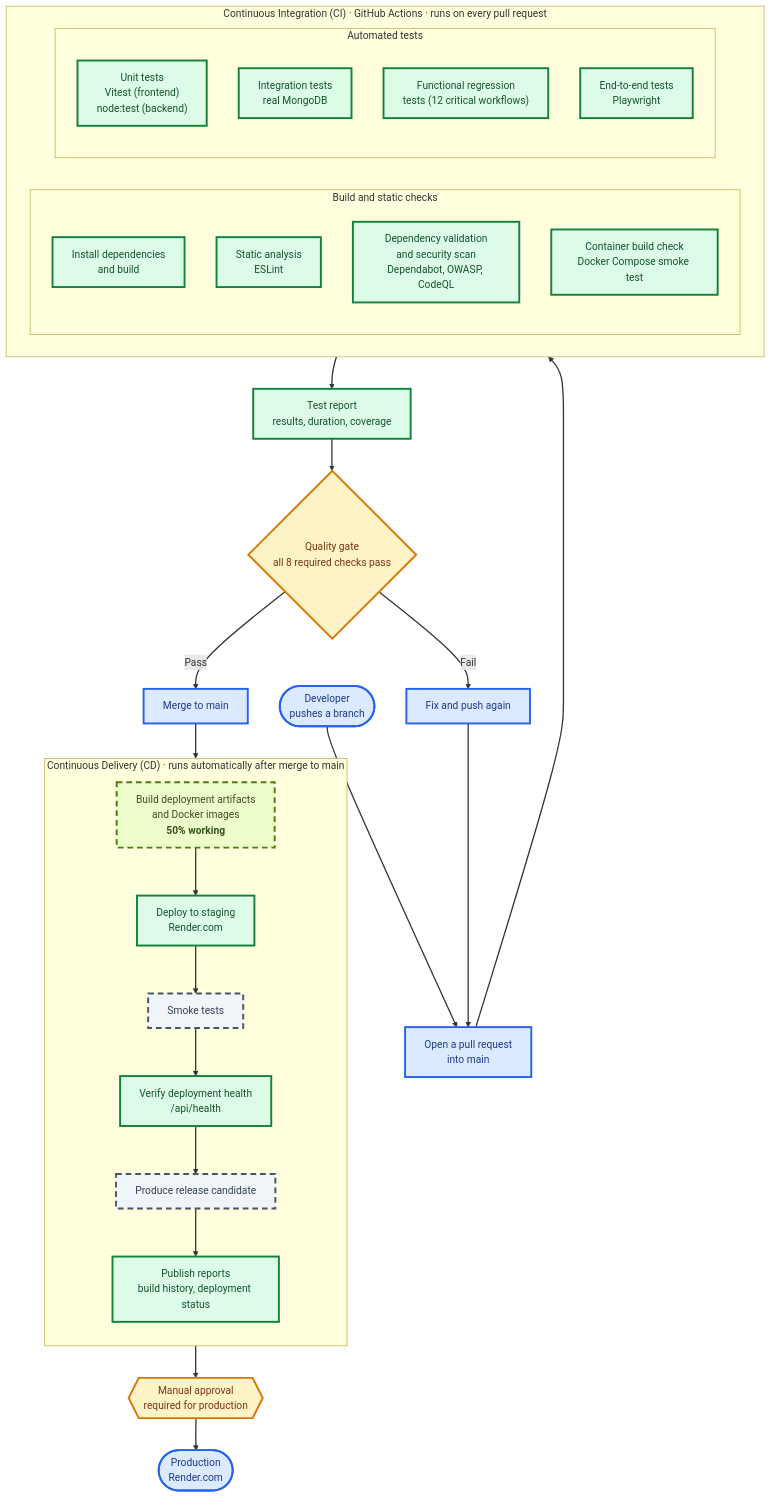
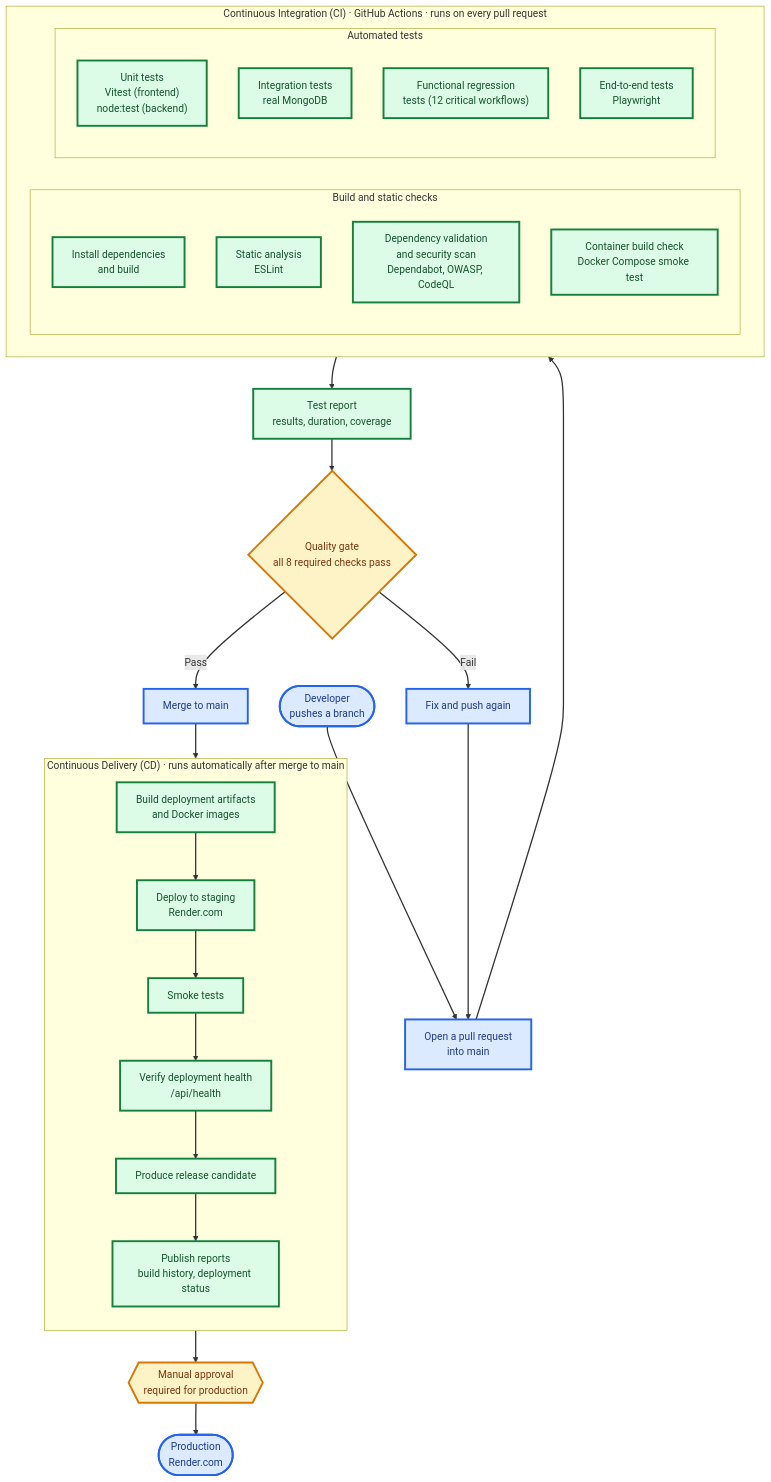
The first of 4 diagrams in README.md (IT7993-FALL-2026-PEERS/ProjectPeerEvaluation), drawn with Mermaid before and after one commit. The commit also changed other lines of this file and 7 other files, not shown here.

````diff
--- a/README.md
+++ b/README.md
@@ -66,57 +64,55 @@
 ```mermaid
 flowchart TB
     DEV(["Developer<br/>pushes a branch"]) --> PR["Open a pull request<br/>into main"]
 
     subgraph CI["Continuous Integration (CI) · GitHub Actions · runs on every pull request"]
         direction LR
         subgraph STATIC["Build and static checks"]
             direction TB
             BUILD_APP["Install dependencies<br/>and build"]
             LINT["Static analysis<br/>ESLint"]
             SEC["Dependency validation<br/>and security scan<br/>Dependabot, OWASP, CodeQL"]
             DOCKER["Container build check<br/>Docker Compose smoke test"]
         end
         subgraph TESTS["Automated tests"]
             direction TB
             UNIT["Unit tests<br/>Vitest (frontend)<br/>node:test (backend)"]
             INTEG["Integration tests<br/>real MongoDB"]
             REG["Functional regression<br/>tests (12 critical workflows)"]
             E2E["End-to-end tests<br/>Playwright"]
         end
     end
 
     PR --> CI
     CI --> REPORT["Test report<br/>results, duration, coverage"]
     REPORT --> GATE{"Quality gate<br/>all 8 required checks pass"}
     GATE -- "Fail" --> FIX["Fix and push again"]
     FIX --> PR
     GATE -- "Pass" --> MERGE["Merge to main"]
 
     subgraph CD["Continuous Delivery (CD) · runs automatically after merge to main"]
         direction TB
-        ARTIFACTS["Build deployment artifacts<br/>and Docker images<br/><b>50% working</b>"]
+        ARTIFACTS["Build deployment artifacts<br/>and Docker images"]
         STG["Deploy to staging<br/>Render.com"]
         SMOKE["Smoke tests"]
         HEALTH["Verify deployment health<br/>/api/health"]
         RC["Produce release candidate"]
         DREPORT["Publish reports<br/>build history, deployment status"]
         ARTIFACTS --> STG --> SMOKE --> HEALTH --> RC --> DREPORT
     end
 
     MERGE --> ARTIFACTS
     DREPORT --> APPROVE{{"Manual approval<br/>required for production"}}
     APPROVE --> PROD(["Production<br/>Render.com"])
 
     classDef done fill:#dcfce7,stroke:#15803d,color:#14532d,stroke-width:3px
     classDef partial fill:#ecfccb,stroke:#4d7c0f,color:#365314,stroke-width:3px,stroke-dasharray: 9 6
     classDef planned fill:#f1f5f9,stroke:#475569,color:#334155,stroke-width:3px,stroke-dasharray: 9 6
     classDef gate fill:#fef3c7,stroke:#d97706,color:#78350f,stroke-width:3px
     classDef endpoint fill:#dbeafe,stroke:#2563eb,color:#1e3a8a,stroke-width:3px
     linkStyle default stroke-width:2px
 
-    class BUILD_APP,LINT,SEC,DOCKER,UNIT,INTEG,REG,E2E,REPORT,STG,HEALTH,DREPORT done
-    class ARTIFACTS partial
-    class SMOKE,RC planned
+    class BUILD_APP,LINT,SEC,DOCKER,UNIT,INTEG,REG,E2E,REPORT,ARTIFACTS,STG,SMOKE,HEALTH,RC,DREPORT done
     class GATE,APPROVE gate
     class DEV,PROD,PR,MERGE,FIX endpoint
 ```
````
